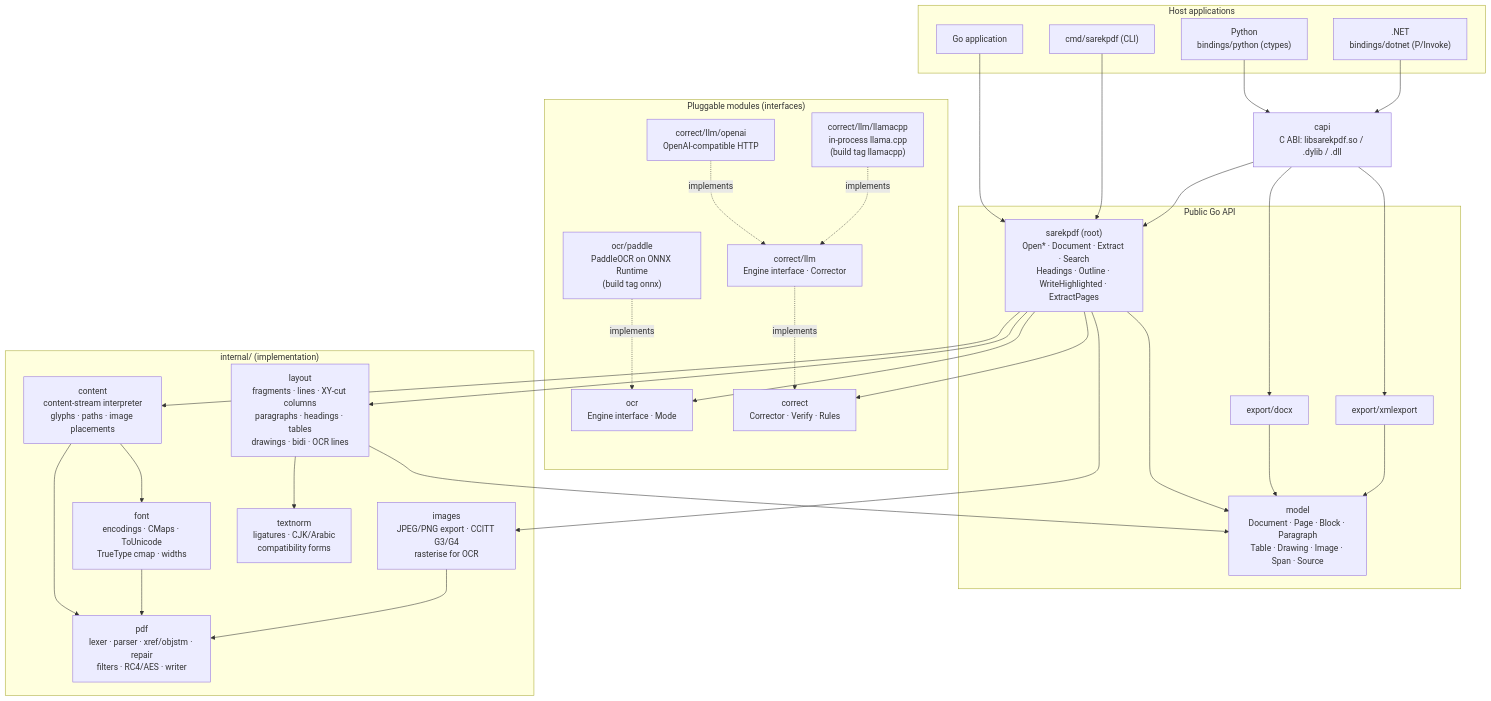
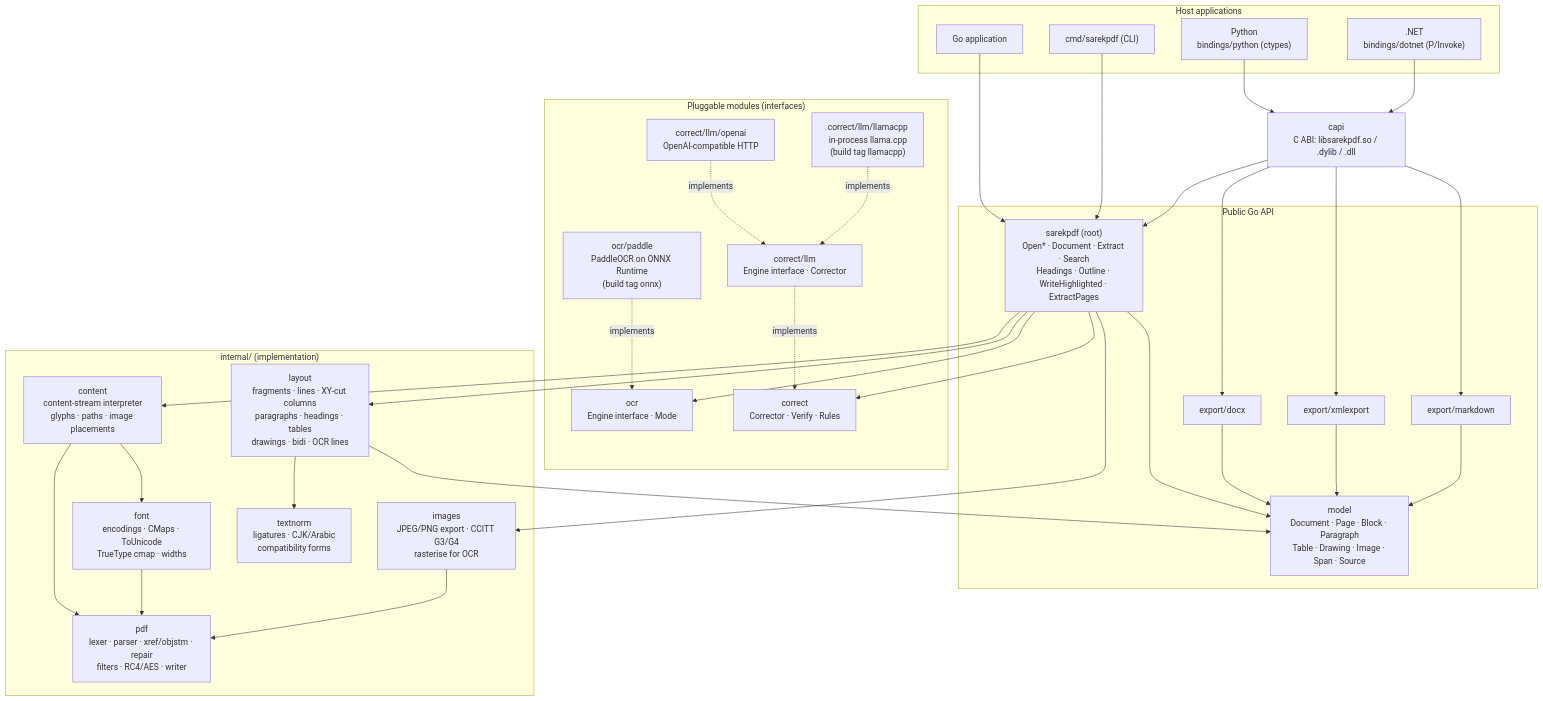
Before and after one commit to khanshahan/sarek_pdf: the first of 9 diagrams in docs/architecture.md, drawn with Mermaid. The commit also changed other lines of this file and 18 other files, not shown here.

First line of the commit message:
Add Markdown export and cross-page table merging

````diff
--- a/docs/architecture.md
+++ b/docs/architecture.md
@@ -22,64 +22,67 @@
 ```mermaid
 flowchart TB
     subgraph Hosts["Host applications"]
         GOAPP["Go application"]
         PY["Python<br/>bindings/python (ctypes)"]
         NET[".NET<br/>bindings/dotnet (P/Invoke)"]
         CLI["cmd/sarekpdf (CLI)"]
     end
 
     CAPI["capi<br/>C ABI: libsarekpdf.so / .dylib / .dll"]
 
     subgraph Public["Public Go API"]
         ROOT["sarekpdf (root)<br/>Open* · Document · Extract · Search<br/>Headings · Outline · WriteHighlighted · ExtractPages"]
         MODEL["model<br/>Document · Page · Block · Paragraph<br/>Table · Drawing · Image · Span · Source"]
         DOCX["export/docx"]
         XML["export/xmlexport"]
+        MD["export/markdown"]
     end
 
     subgraph Plug["Pluggable modules (interfaces)"]
         OCRI["ocr<br/>Engine interface · Mode"]
         PADDLE["ocr/paddle<br/>PaddleOCR on ONNX Runtime<br/>(build tag onnx)"]
         CORR["correct<br/>Corrector · Verify · Rules"]
         LLM["correct/llm<br/>Engine interface · Corrector"]
         OAI["correct/llm/openai<br/>OpenAI-compatible HTTP"]
         LCPP["correct/llm/llamacpp<br/>in-process llama.cpp<br/>(build tag llamacpp)"]
     end
 
     subgraph Internal["internal/ (implementation)"]
         LAYOUT["layout<br/>fragments · lines · XY-cut columns<br/>paragraphs · headings · tables<br/>drawings · bidi · OCR lines"]
         CONTENT["content<br/>content-stream interpreter<br/>glyphs · paths · image placements"]
         FONT["font<br/>encodings · CMaps · ToUnicode<br/>TrueType cmap · widths"]
         IMAGES["images<br/>JPEG/PNG export · CCITT G3/G4<br/>rasterise for OCR"]
         TEXTNORM["textnorm<br/>ligatures · CJK/Arabic<br/>compatibility forms"]
         PDF["pdf<br/>lexer · parser · xref/objstm · repair<br/>filters · RC4/AES · writer"]
     end
 
     GOAPP --> ROOT
     CLI --> ROOT
     PY --> CAPI
     NET --> CAPI
     CAPI --> ROOT
     CAPI --> DOCX
     CAPI --> XML
+    CAPI --> MD
 
     ROOT --> MODEL
     DOCX --> MODEL
     XML --> MODEL
+    MD --> MODEL
     ROOT --> OCRI
     ROOT --> CORR
     PADDLE -. implements .-> OCRI
     LLM -. implements .-> CORR
     OAI -. implements .-> LLM
     LCPP -. implements .-> LLM
 
     ROOT --> LAYOUT
     ROOT --> CONTENT
     ROOT --> IMAGES
     LAYOUT --> MODEL
     LAYOUT --> TEXTNORM
     CONTENT --> FONT
     CONTENT --> PDF
     FONT --> PDF
     IMAGES --> PDF
 ```
````
